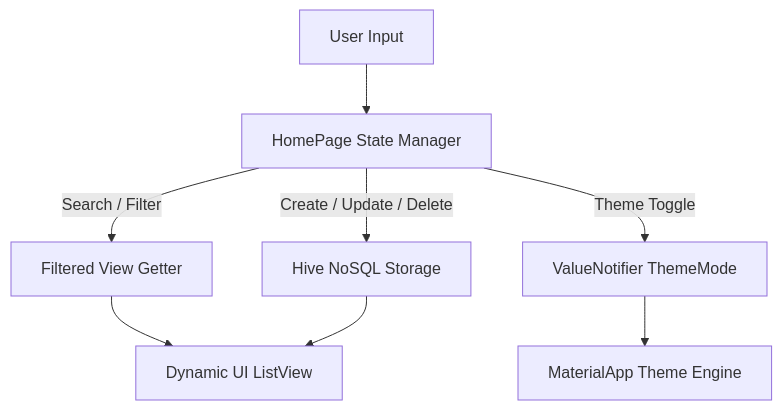
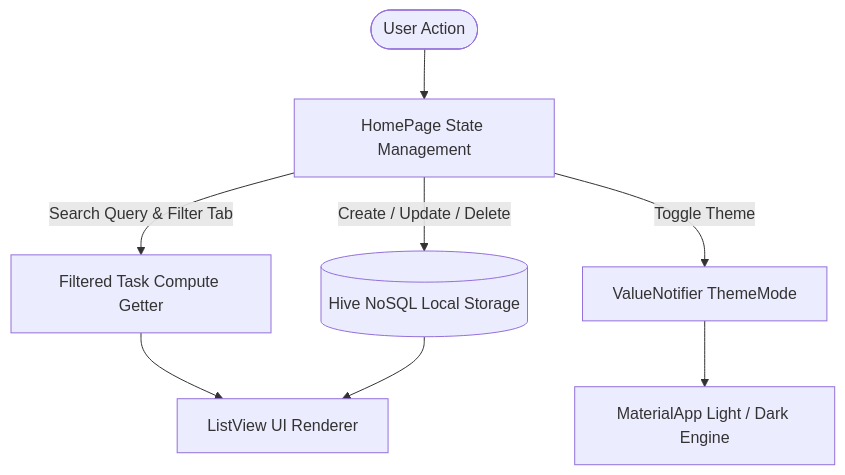
The diagram in README.md (krishvekriya12/to_do_app), drawn with Mermaid before and after one commit. The commit also changed other lines of this file and 4 other files, not shown here.

````diff
--- a/README.md
+++ b/README.md
@@ -107,10 +105,10 @@
 ```mermaid
 graph TD
-    A[User Input] --> B[HomePage State Manager]
-    B -->|Search / Filter| C[Filtered View Getter]
-    B -->|Create / Update / Delete| D[Hive NoSQL Storage]
-    B -->|Theme Toggle| E[ValueNotifier ThemeMode]
-    C --> F[Dynamic UI ListView]
-    D --> F
-    E --> G[MaterialApp Theme Engine]
+    User([User Action]) --> State[HomePage State Management]
+    State -->|Search Query & Filter Tab| FilterView[Filtered Task Compute Getter]
+    State -->|Create / Update / Delete| HiveDB[(Hive NoSQL Local Storage)]
+    State -->|Toggle Theme| ThemeNotifier[ValueNotifier ThemeMode]
+    FilterView --> Render[ListView UI Renderer]
+    HiveDB --> Render
+    ThemeNotifier --> AppTheme[MaterialApp Light / Dark Engine]
 ```
````
